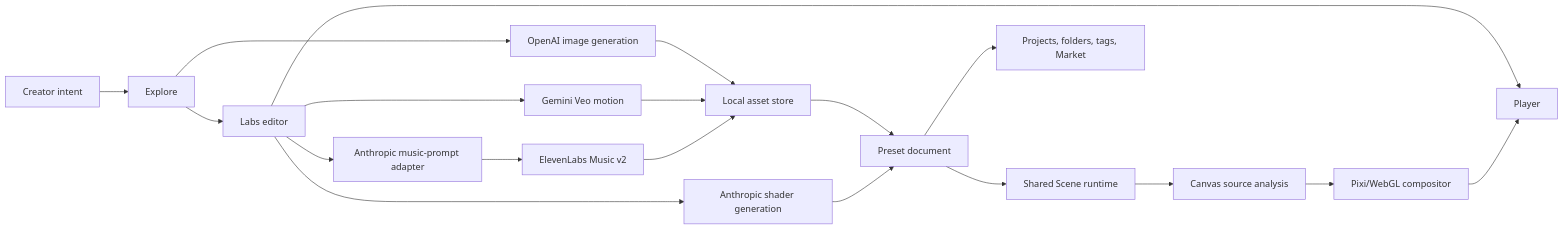
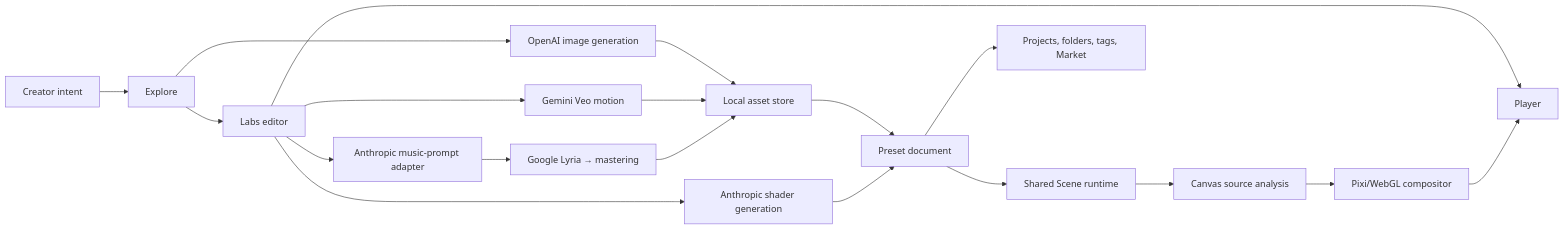
Before and after one commit to shubhamjoshipromail-svg/vibe-curator: the first of 2 diagrams in README.md, drawn with Mermaid. The commit also changed other lines of this file, not shown here.

````diff
--- a/README.md
+++ b/README.md
@@ -148,26 +157,26 @@
 ```mermaid
 flowchart LR
     U["Creator intent"] --> E["Explore"]
     E --> L["Labs editor"]
     L --> P["Player"]
 
     E --> IMG["OpenAI image generation"]
     L --> VEO["Gemini Veo motion"]
     L --> FX["Anthropic shader generation"]
     L --> DNA["Anthropic music-prompt adapter"]
-    DNA --> MUSIC["ElevenLabs Music v2"]
+    DNA --> MUSIC["Google Lyria → mastering"]
 
     IMG --> ASSETS["Local asset store"]
     VEO --> ASSETS
     MUSIC --> ASSETS
 
     ASSETS --> DOC["Preset document"]
     FX --> DOC
     DOC --> SCENE["Shared Scene runtime"]
 
     SCENE --> SOURCE["Canvas source analysis"]
     SOURCE --> PIXI["Pixi/WebGL compositor"]
     PIXI --> P
 
     DOC --> LIB["Projects, folders, tags, Market"]
 ```
````
